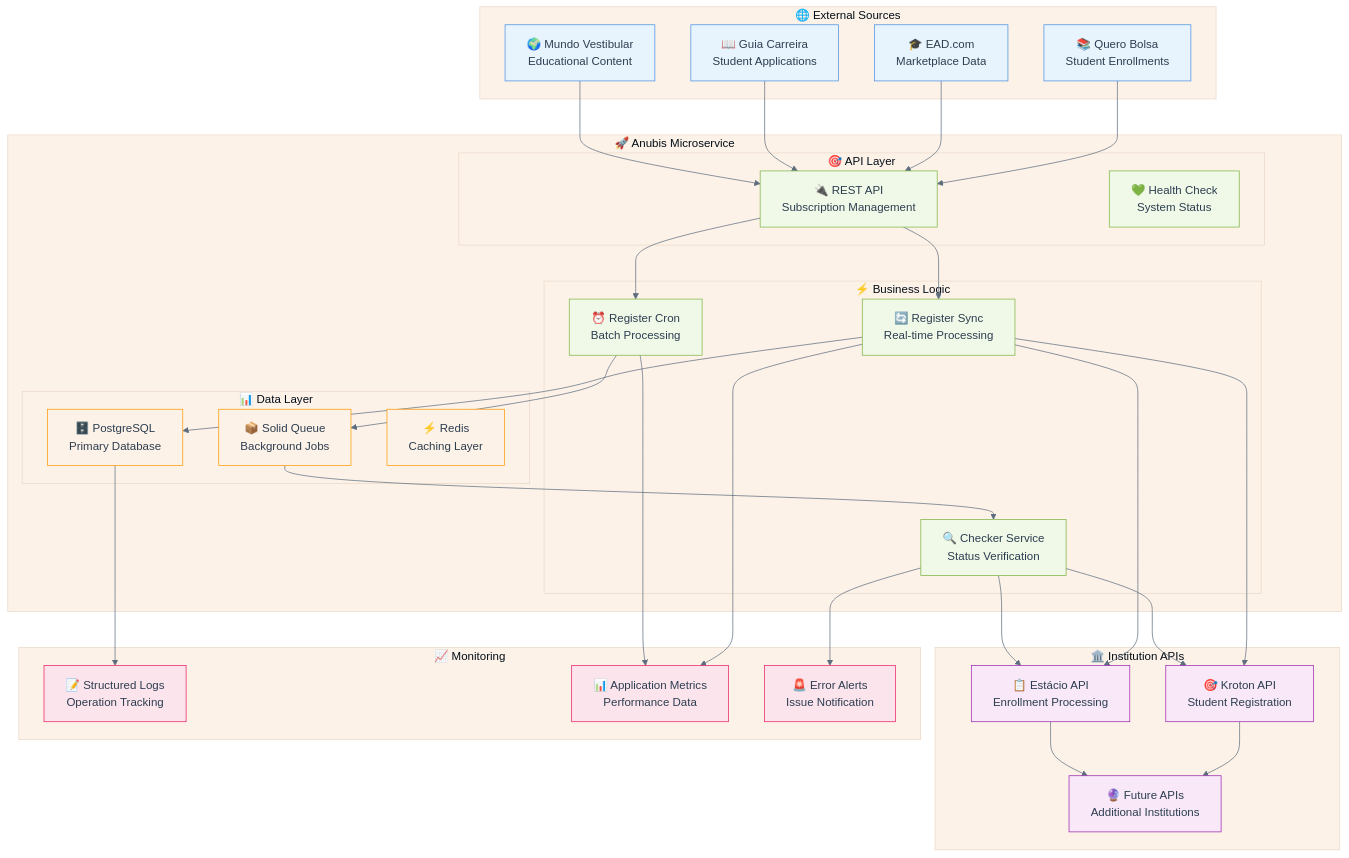
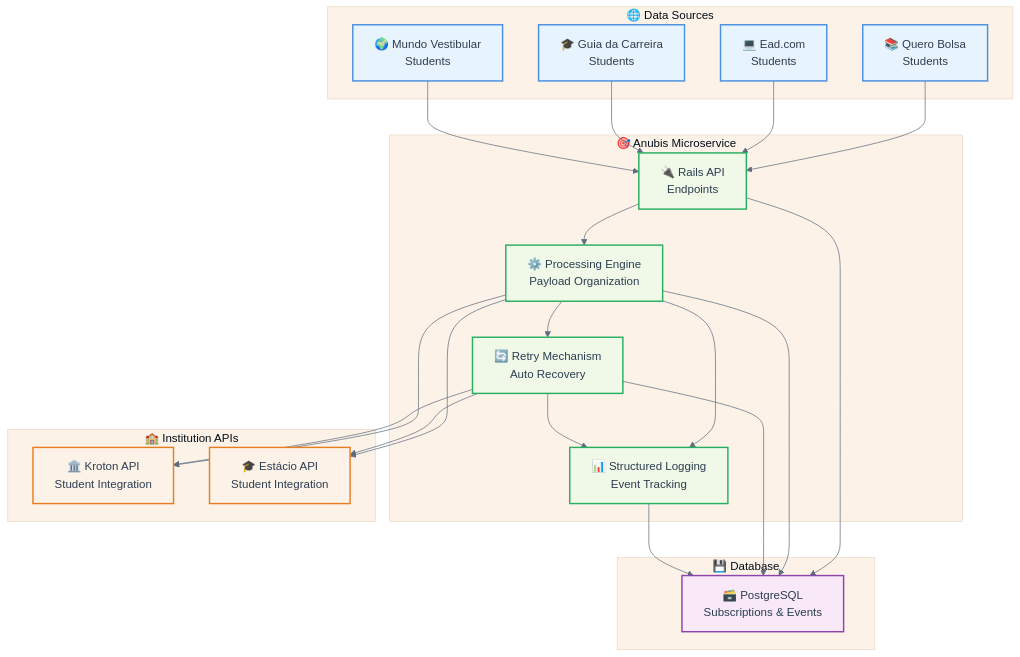
One commit to enogrob/project-qeevo-anubis changed the second of 6 diagrams in outputs/anubis-rails-requirements-app.md. Above: the diagram before and after it, drawn with Mermaid. The commit also changed other lines of this file and 14 other files, not shown here.

````diff
--- a/outputs/anubis-rails-requirements-app.md
+++ b/outputs/anubis-rails-requirements-app.md
@@ -56,78 +127,56 @@
   }
 }}%%
 graph TB
-    subgraph "🌐 External Sources"
-        QB["📚 Quero Bolsa<br/>Student Enrollments"]
-        EAD["🎓 EAD.com<br/>Marketplace Data"]
-        GC["📖 Guia Carreira<br/>Student Applications"]
-        MV["🌍 Mundo Vestibular<br/>Educational Content"]
+    subgraph "🌐 Data Sources"
+        QB["📚 Quero Bolsa<br/>Students"]
+        EAD["💻 Ead.com<br/>Students"]
+        GC["🎓 Guia da Carreira<br/>Students"]
+        MV["🌍 Mundo Vestibular<br/>Students"]
     end
     
-    subgraph "🚀 Anubis Microservice"
-        subgraph "🎯 API Layer"
-            API["🔌 REST API<br/>Subscription Management"]
-            HEALTH["💚 Health Check<br/>System Status"]
-        end
-        
-        subgraph "⚡ Business Logic"
-            SYNC["🔄 Register Sync<br/>Real-time Processing"]
-            CRON["⏰ Register Cron<br/>Batch Processing"]
-            CHECK["🔍 Checker Service<br/>Status Verification"]
-        end
-        
-        subgraph "📊 Data Layer"
-            DB["🗄️ PostgreSQL<br/>Primary Database"]
-            QUEUE["📦 Solid Queue<br/>Background Jobs"]
-            CACHE["⚡ Redis<br/>Caching Layer"]
-        end
+    subgraph "🎯 Anubis Microservice"
+        API["🔌 Rails API<br/>Endpoints"]
+        PROC["⚙️ Processing Engine<br/>Payload Organization"]
+        RETRY["🔄 Retry Mechanism<br/>Auto Recovery"]
+        LOG["📊 Structured Logging<br/>Event Tracking"]
     end
     
-    subgraph "🏛️ Institution APIs"
-        KROTON["🎯 Kroton API<br/>Student Registration"]
-        ESTACIO["📋 Estácio API<br/>Enrollment Processing"]
-        OTHER["🔮 Future APIs<br/>Additional Institutions"]
+    subgraph "🏫 Institution APIs"
+        KROTON["🏛️ Kroton API<br/>Student Integration"]
+        ESTACIO["🎓 Estácio API<br/>Student Integration"]
     end
     
-    subgraph "📈 Monitoring"
-        LOGS["📝 Structured Logs<br/>Operation Tracking"]
-        METRICS["📊 Application Metrics<br/>Performance Data"]
-        ALERTS["🚨 Error Alerts<br/>Issue Notification"]
+    subgraph "💾 Database"
+        DB["🗃️ PostgreSQL<br/>Subscriptions & Events"]
     end
     
-    %% Data Flow
     QB --> API
     EAD --> API
     GC --> API
     MV --> API
     
-    API --> SYNC
-    API --> CRON
+    API --> PROC
+    PROC --> RETRY
+    PROC --> LOG
+    RETRY --> LOG
     
-    SYNC --> DB
-    CRON --> QUEUE
-    QUEUE --> CHECK
+    PROC --> KROTON
+    PROC --> ESTACIO
+    RETRY --> KROTON
+    RETRY --> ESTACIO
     
-    SYNC --> KROTON
-    SYNC --> ESTACIO
-    CHECK --> KROTON
-    CHECK --> ESTACIO
-    KROTON --> OTHER
-    ESTACIO --> OTHER
+    API --> DB
+    PROC --> DB
+    RETRY --> DB
+    LOG --> DB
     
-    DB --> LOGS
-    SYNC --> METRICS
-    CRON --> METRICS
-    CHECK --> ALERTS
+    classDef sourceStyle fill:#E8F4FD,stroke:#4A90E2,stroke-width:2px
+    classDef anubisStyle fill:#F0F8E8,stroke:#27AE60,stroke-width:2px
+    classDef institutionStyle fill:#FDF2E8,stroke:#E67E22,stroke-width:2px
+    classDef dbStyle fill:#F8E8F8,stroke:#8E44AD,stroke-width:2px
     
-    classDef source fill:#E8F4FD,stroke:#4A90E2,color:#2C3E50
-    classDef service fill:#F0F8E8,stroke:#7CB342,color:#2C3E50
-    classDef data fill:#FDF2E8,stroke:#FF9800,color:#2C3E50
-    classDef external fill:#F8E8F8,stroke:#9C27B0,color:#2C3E50
-    classDef monitoring fill:#FCE4EC,stroke:#E91E63,color:#2C3E50
-    
-    class QB,EAD,GC,MV source
-    class API,HEALTH,SYNC,CRON,CHECK service
-    class DB,QUEUE,CACHE data
-    class KROTON,ESTACIO,OTHER external
-    class LOGS,METRICS,ALERTS monitoring
+    class QB,EAD,GC,MV sourceStyle
+    class API,PROC,RETRY,LOG anubisStyle
+    class KROTON,ESTACIO institutionStyle
+    class DB dbStyle
 ```
````
